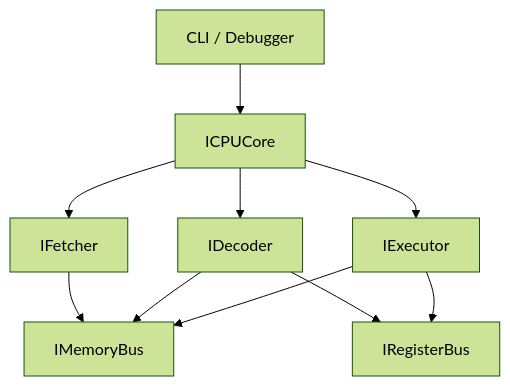
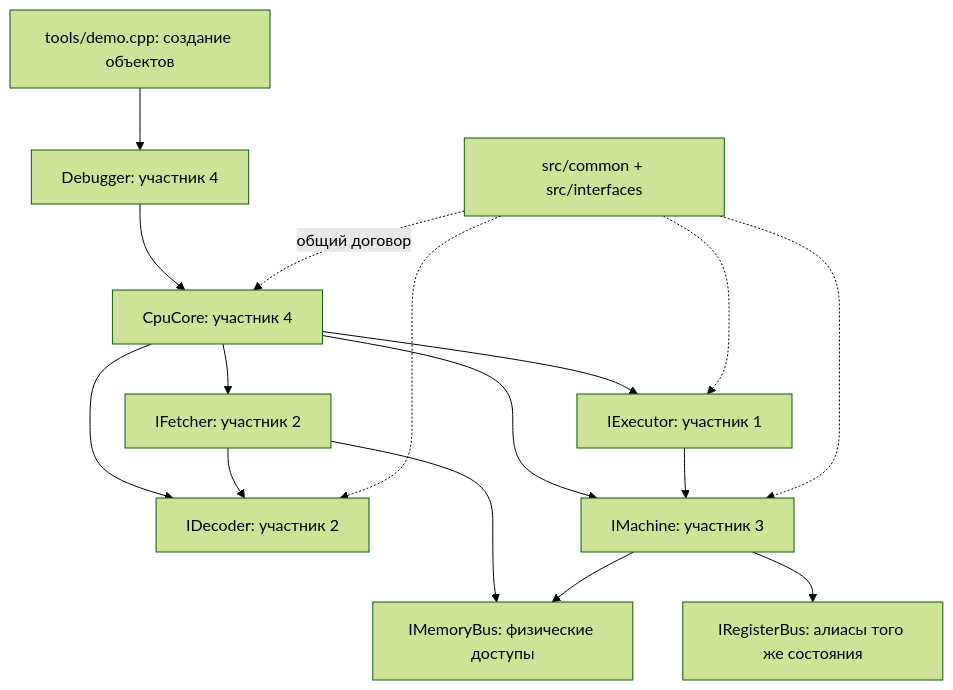
Before and after one commit to sigmochka1337/Siemens-Infineon-C166-Emulator: the first of 2 diagrams in docs/architecture.md, drawn with Mermaid (forest theme). The commit also changed other lines of this file and 48 other files, not shown here.

````diff
--- a/docs/architecture.md
+++ b/docs/architecture.md
@@ -12,12 +32,18 @@
 ```mermaid
 flowchart TD
-  Frontend["CLI / Debugger"] --> Core["ICPUCore"]
-  Core --> Fetch["IFetcher"]
-  Core --> Decode["IDecoder"]
-  Core --> Executor["IExecutor"]
-  Fetch --> Memory["IMemoryBus"]
-  Decode --> Memory
-  Decode --> Registers["IRegisterBus"]
-  Executor --> Memory
-  Executor --> Registers
+  Client["tools/demo.cpp: создание объектов"] --> Debugger["Debugger: участник 4"]
+  Debugger --> Core["CpuCore: участник 4"]
+  Core --> Fetch["IFetcher: участник 2"]
+  Core --> Decode["IDecoder: участник 2"]
+  Core --> Execute["IExecutor: участник 1"]
+  Core --> Machine["IMachine: участник 3"]
+  Fetch --> Decode
+  Fetch --> Bus["IMemoryBus: физические доступы"]
+  Execute --> Machine
+  Machine --> Bus
+  Machine --> Registers["IRegisterBus: алиасы того же состояния"]
+  Contracts["src/common + src/interfaces"] -. общий договор .-> Core
+  Contracts -.-> Decode
+  Contracts -.-> Execute
+  Contracts -.-> Machine
 ```
````
